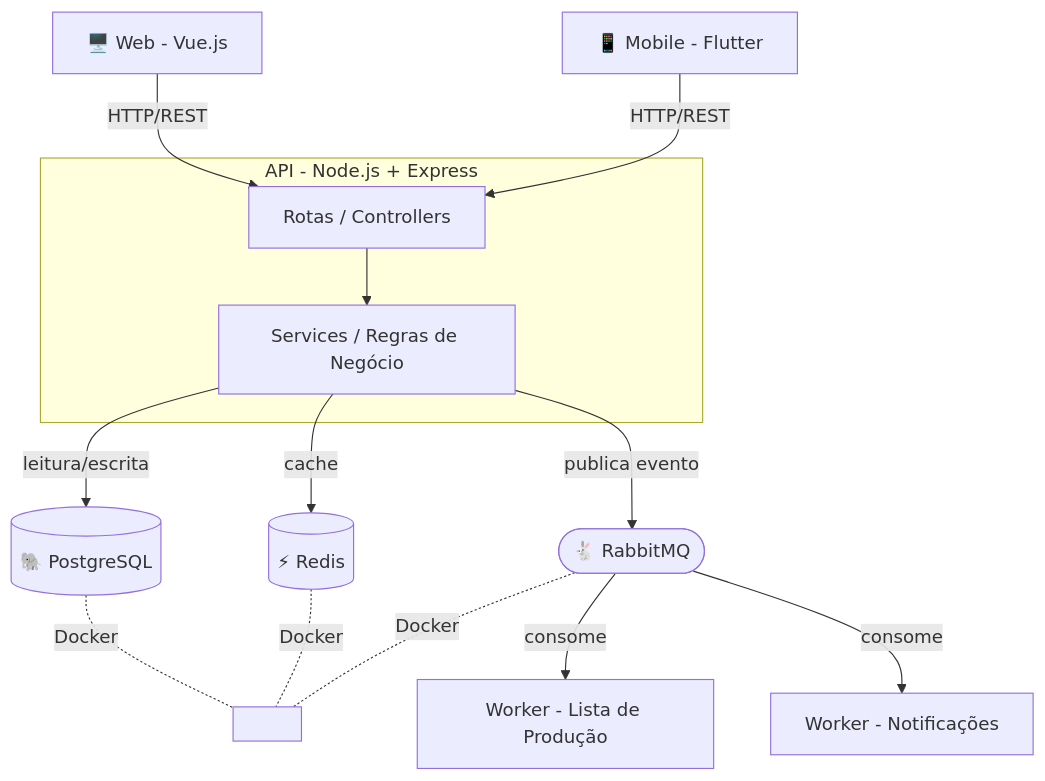
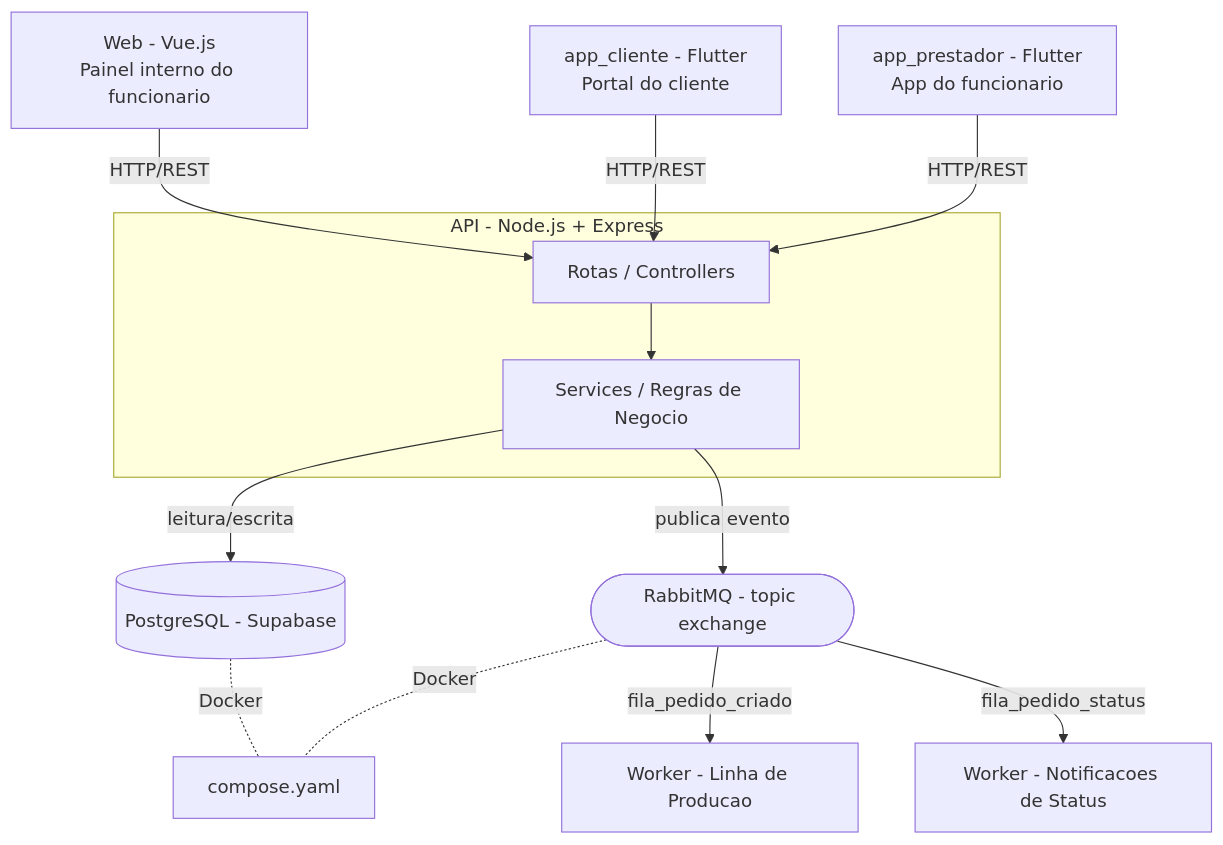
Before and after one commit to mviniccius/Micro-Saas: the diagram in README.md, drawn with Mermaid. The commit also changed other lines of this file and 12 other files, not shown here.

````diff
--- a/README.md
+++ b/README.md
@@ -11,20 +11,20 @@
 ```mermaid
 graph TD
-    A[🖥️ Web - Vue.js] -->|HTTP/REST| C
-    B[📱 Mobile - Flutter] -->|HTTP/REST| C
+    A[Web - Vue.js\nPainel interno do funcionario] -->|HTTP/REST| C
+    B[app_cliente - Flutter\nPortal do cliente] -->|HTTP/REST| C
+    D[app_prestador - Flutter\nApp do funcionario] -->|HTTP/REST| C
 
     subgraph API["API - Node.js + Express"]
         C[Rotas / Controllers]
-        D[Services / Regras de Negócio]
-        C --> D
+        E[Services / Regras de Negocio]
+        C --> E
     end
 
-    D -->|leitura/escrita| E[(🐘 PostgreSQL)]
-    D -->|cache| F[(⚡ Redis)]
-    D -->|publica evento| G([🐇 RabbitMQ])
+    E -->|leitura/escrita| F[(PostgreSQL - Supabase)]
+    E -->|publica evento| G([RabbitMQ - topic exchange])
 
-    G -->|consome| H[Worker - Lista de Produção]
-    G -->|consome| I[Worker - Notificações]
+    G -->|fila_pedido_criado| H[Worker - Linha de Producao]
+    G -->|fila_pedido_status| I[Worker - Notificacoes de Status]
 
-    E & F & G -.Docker.- J[ ]
+    F & G -.Docker.- J[compose.yaml]
 ```
````
